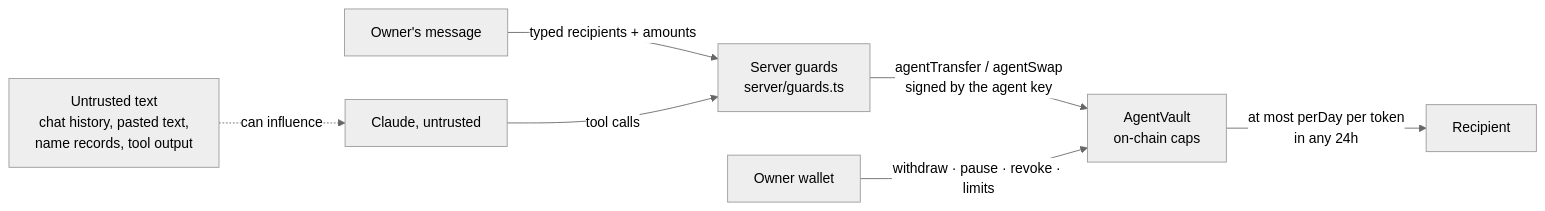
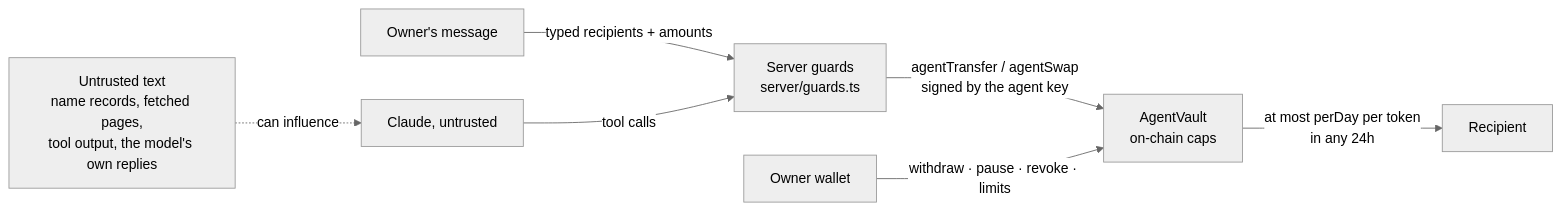
Before and after one commit to JohnboscoE/vlora: the diagram in SECURITY.md, drawn with Mermaid (neutral theme). The commit also changed other lines of this file and 14 other files, not shown here.

````diff
--- a/SECURITY.md
+++ b/SECURITY.md
@@ -9,9 +9,9 @@
 ```mermaid
 flowchart LR
   U[Owner's message] -->|typed recipients + amounts| G
   M[Claude, untrusted] -->|tool calls| G[Server guards<br/>server/guards.ts]
-  X[Untrusted text<br/>chat history, pasted text,<br/>name records, tool output] -.->|can influence| M
+  X[Untrusted text<br/>name records, fetched pages,<br/>tool output, the model's own replies] -.->|can influence| M
   G -->|agentTransfer / agentSwap<br/>signed by the agent key| V[AgentVault<br/>on-chain caps]
   O[Owner wallet] -->|withdraw · pause · revoke · limits| V
   V -->|at most perDay per token<br/>in any 24h| R[Recipient]
 ```
````
